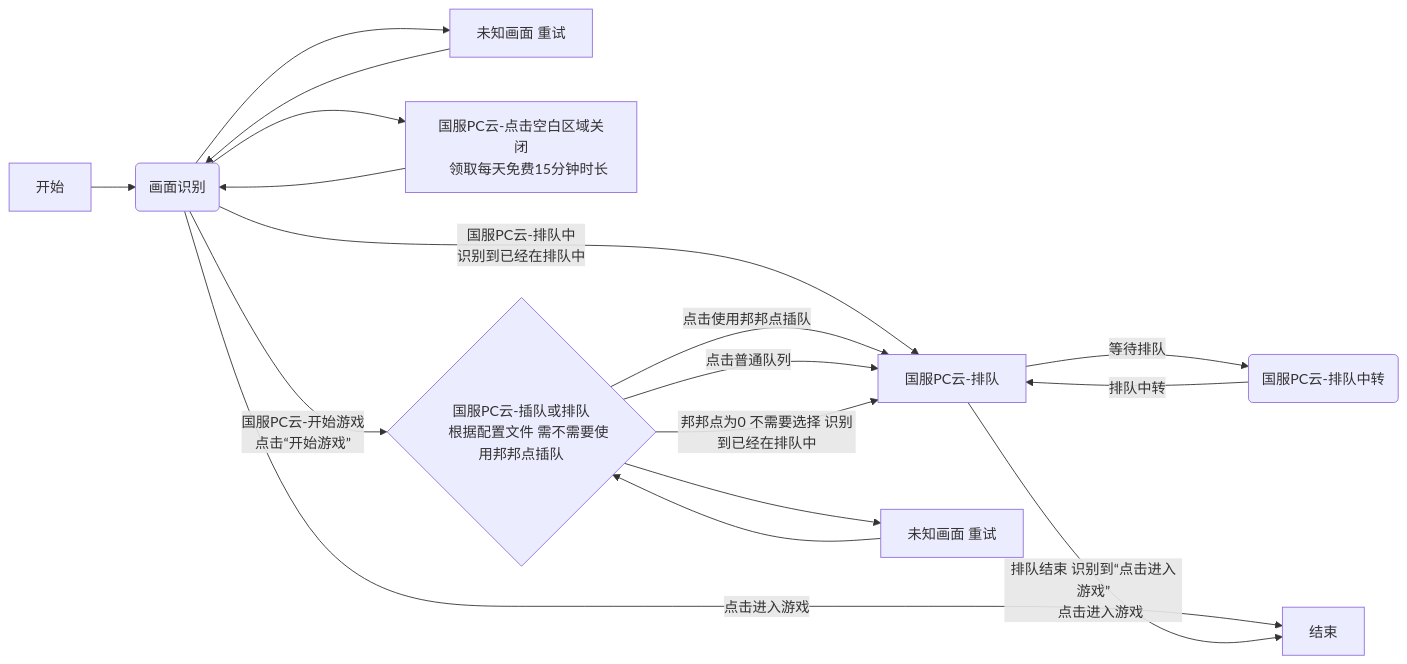
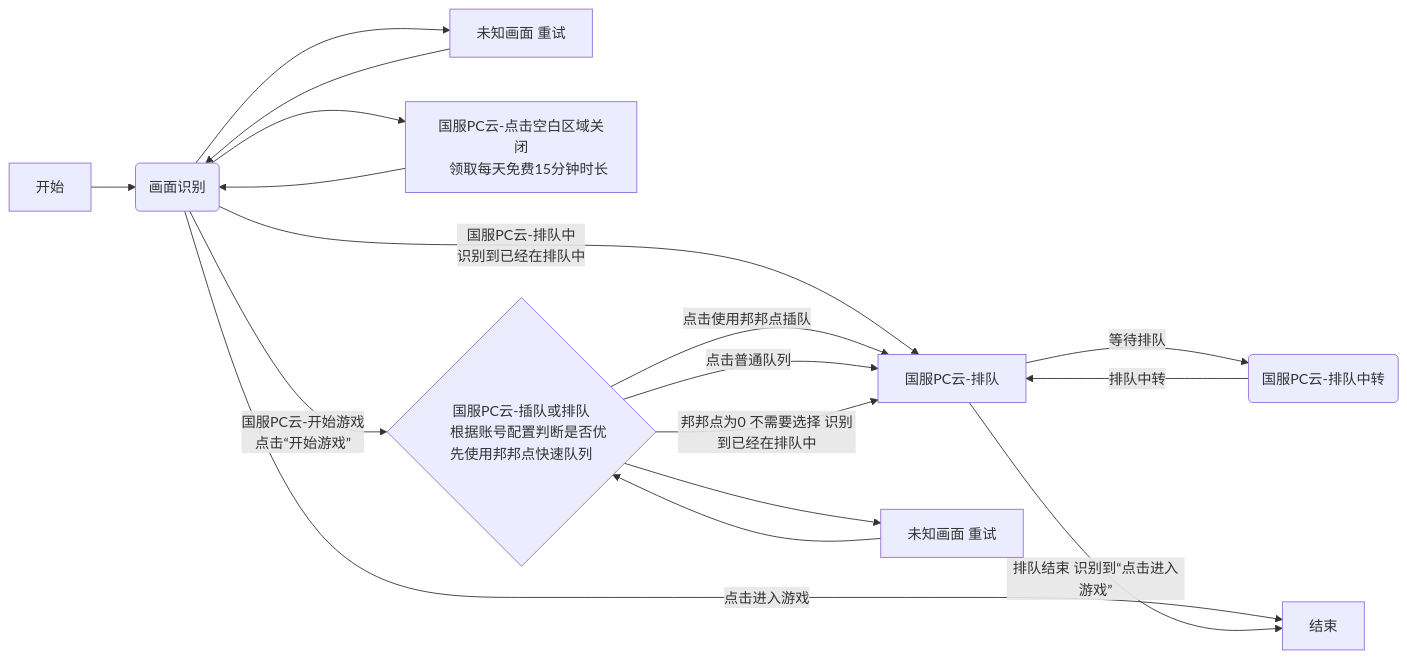
One commit to OneDragon-Anything/ZenlessZoneZero-OneDragon changed the diagram in docs/develop/cloud_game_adaptation.md. Above: the diagram before and after it, drawn with Mermaid. The commit also changed other lines of this file and 11 other files, not shown here.

````diff
--- a/docs/develop/cloud_game_adaptation.md
+++ b/docs/develop/cloud_game_adaptation.md
@@ -14,26 +15,25 @@
 ```mermaid
 graph LR
     A[开始] --> B(画面识别);
     B --> H[未知画面 重试];
     H --> B;
     B --> G["国服PC云-点击空白区域关闭
     领取每天免费15分钟时长"];
     G --> B;
     B -- "国服PC云-开始游戏
     点击“开始游戏”" --> C{国服PC云-插队或排队
-    根据配置文件 需不需要使用邦邦点插队};
+    根据账号配置判断是否优先使用邦邦点快速队列};
     B -- "国服PC云-排队中
     识别到已经在排队中" --> D[国服PC云-排队];
     B -- "点击进入游戏" --> E[结束];
 
     C --> I[未知画面 重试];
     I --> C;
     C -- "点击使用邦邦点插队" --> D;
     C -- "点击普通队列" --> D;
     C -- "邦邦点为0 不需要选择 识别到已经在排队中" --> D;
 
     D -- "等待排队" --> F(国服PC云-排队中转);
-    D -- "排队结束 识别到“点击进入游戏”
-    点击进入游戏" --> E;
+    D -- "排队结束 识别到“点击进入游戏”" --> E;
     F -- "排队中转" --> D;
 ```
````
